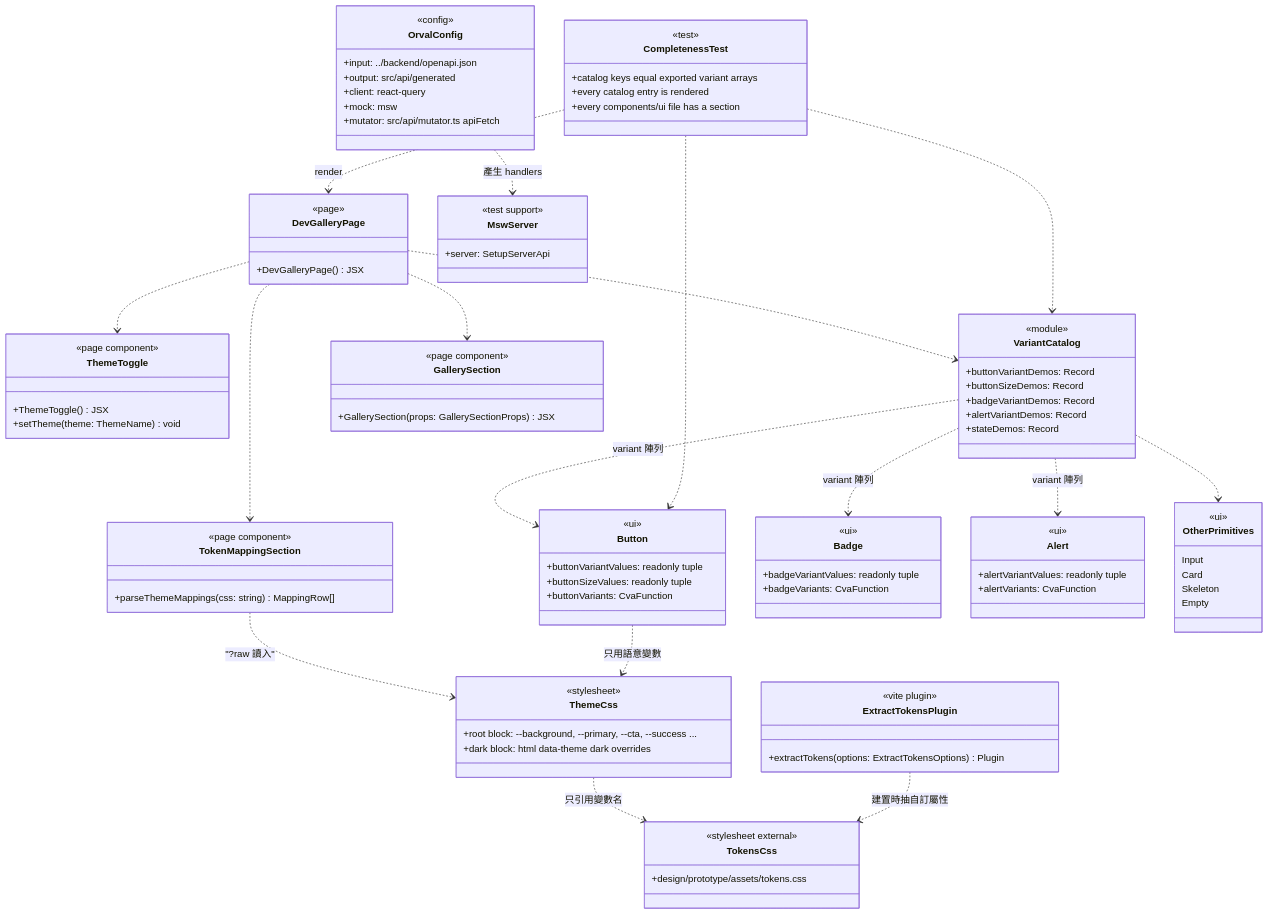
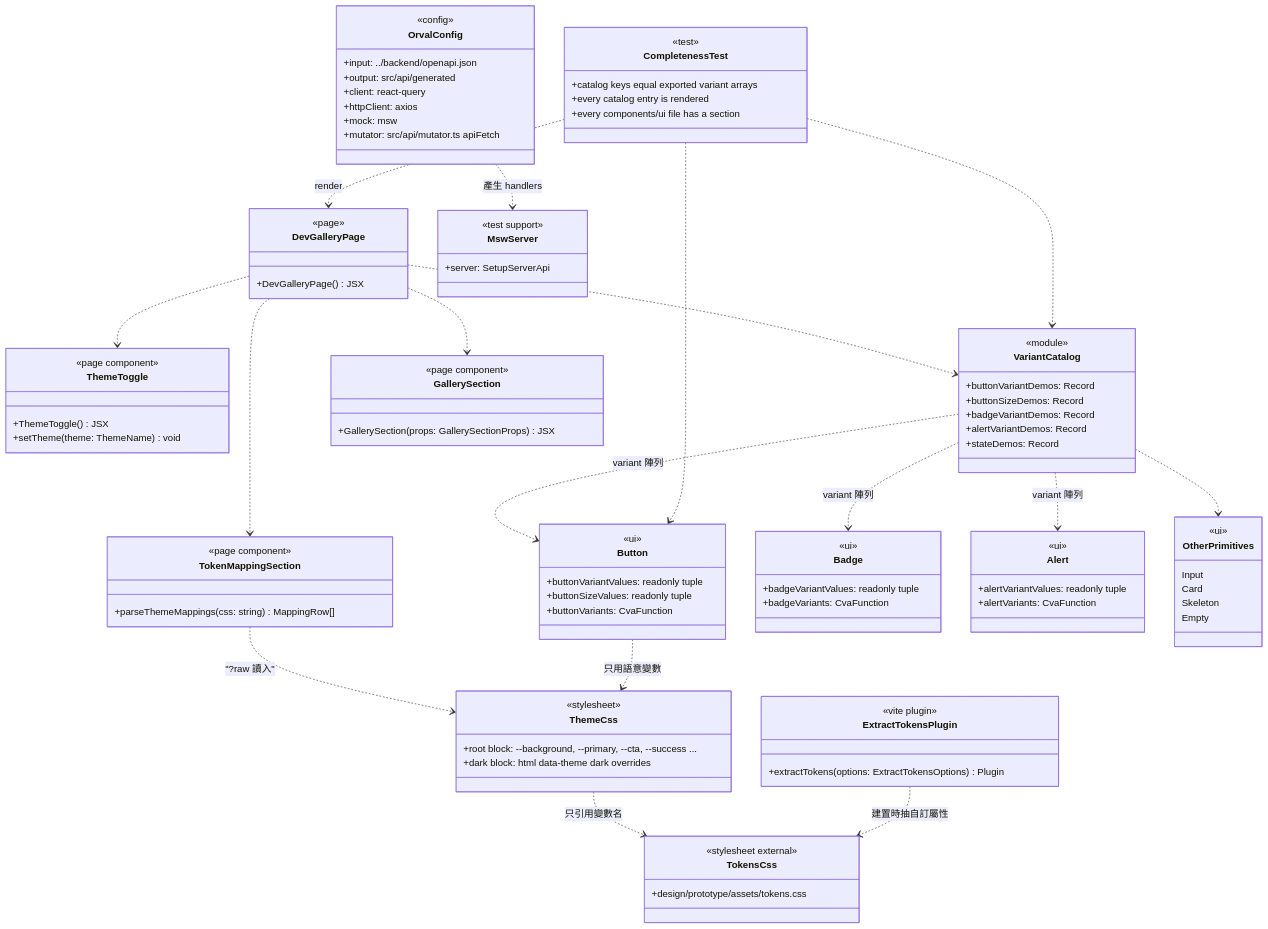
One commit to label-suite/label-suite changed the second of 14 diagrams in openspec/changes/frontend-skeleton/system-design.md. Above: the diagram before and after it, drawn with Mermaid. The commit also changed other lines of this file and 2 other files, not shown here.

```diff
--- a/openspec/changes/frontend-skeleton/system-design.md
+++ b/openspec/changes/frontend-skeleton/system-design.md
@@ -354,6 +354,7 @@
     +input: ../backend/openapi.json
     +output: src/api/generated
     +client: react-query
+    +httpClient: axios
     +mock: msw
     +mutator: src/api/mutator.ts apiFetch
   }
```
